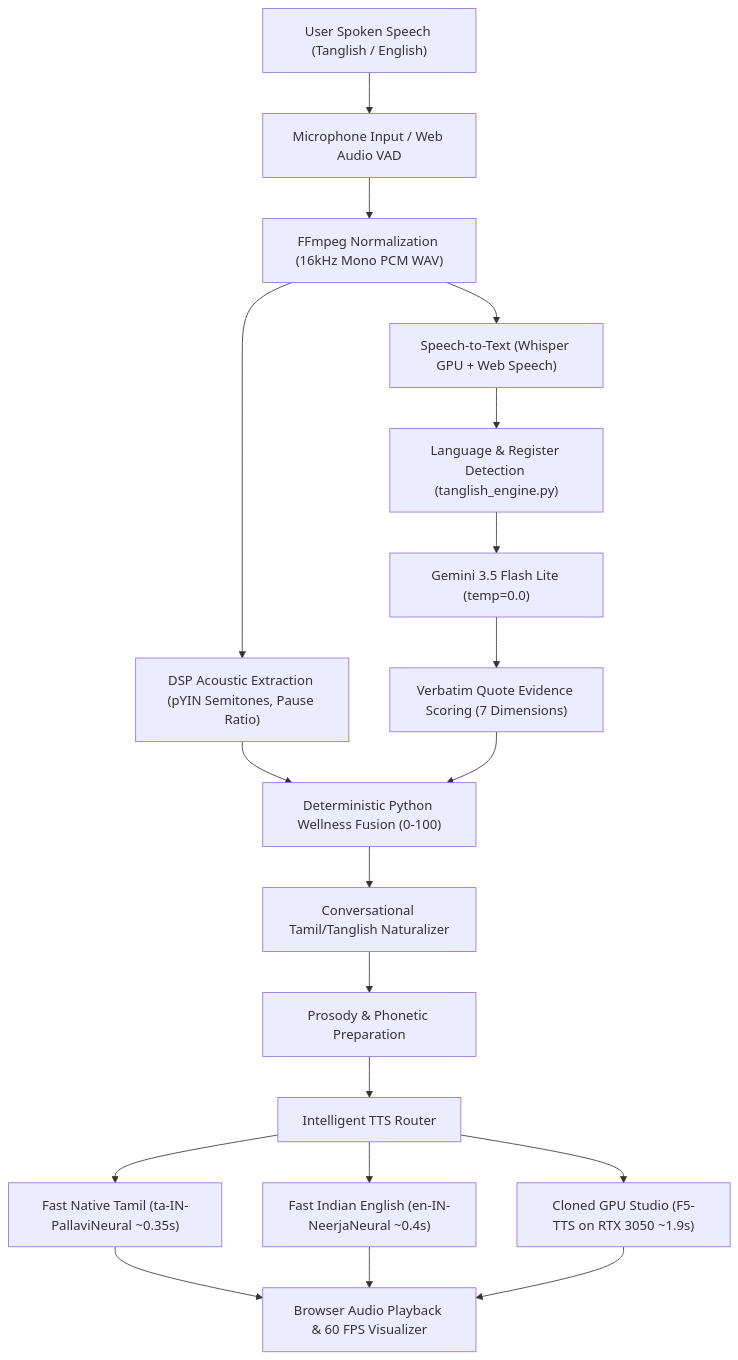
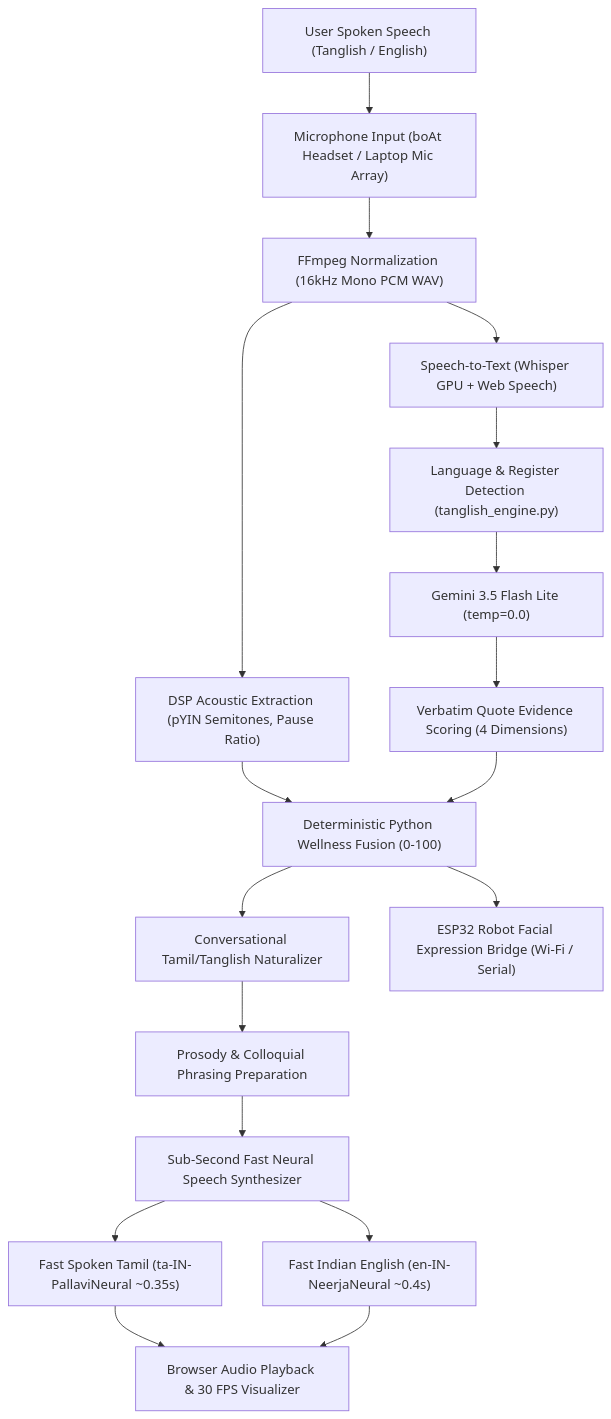
One commit to logesh-profile/arogya changed the diagram in README.md. Above: the diagram before and after it, drawn with Mermaid. The commit also changed other lines of this file and 9 other files, not shown here.

Commit message:
feat: fast neural voice routing, reload session retention, persistent auth, 30 fps cap, and non-stigmatizing tone

````diff
--- a/README.md
+++ b/README.md
@@ -77,23 +79,22 @@
 ```mermaid
 graph TD
-    A["User Spoken Speech (Tanglish / English)"] --> B["Microphone Input / Web Audio VAD"]
+    A["User Spoken Speech (Tanglish / English)"] --> B["Microphone Input (boAt Headset / Laptop Mic Array)"]
     B --> C["FFmpeg Normalization (16kHz Mono PCM WAV)"]
     C --> D["Speech-to-Text (Whisper GPU + Web Speech)"]
     C --> E["DSP Acoustic Extraction (pYIN Semitones, Pause Ratio)"]
     
     D --> F["Language & Register Detection (tanglish_engine.py)"]
     F --> G["Gemini 3.5 Flash Lite (temp=0.0)"]
-    G --> H["Verbatim Quote Evidence Scoring (7 Dimensions)"]
+    G --> H["Verbatim Quote Evidence Scoring (4 Dimensions)"]
     E --> I["Deterministic Python Wellness Fusion (0-100)"]
     H --> I
     
     I --> J["Conversational Tamil/Tanglish Naturalizer"]
-    J --> K["Prosody & Phonetic Preparation"]
-    K --> L["Intelligent TTS Router"]
-    L --> M["Fast Native Tamil (ta-IN-PallaviNeural ~0.35s)"]
+    J --> K["Prosody & Colloquial Phrasing Preparation"]
+    K --> L["Sub-Second Fast Neural Speech Synthesizer"]
+    L --> M["Fast Spoken Tamil (ta-IN-PallaviNeural ~0.35s)"]
     L --> N["Fast Indian English (en-IN-NeerjaNeural ~0.4s)"]
-    L --> O["Cloned GPU Studio (F5-TTS on RTX 3050 ~1.9s)"]
-    M --> P["Browser Audio Playback & 60 FPS Visualizer"]
+    M --> P["Browser Audio Playback & 30 FPS Visualizer"]
     N --> P
-    O --> P
+    I --> Q["ESP32 Robot Facial Expression Bridge (Wi-Fi / Serial)"]
 ```
````
